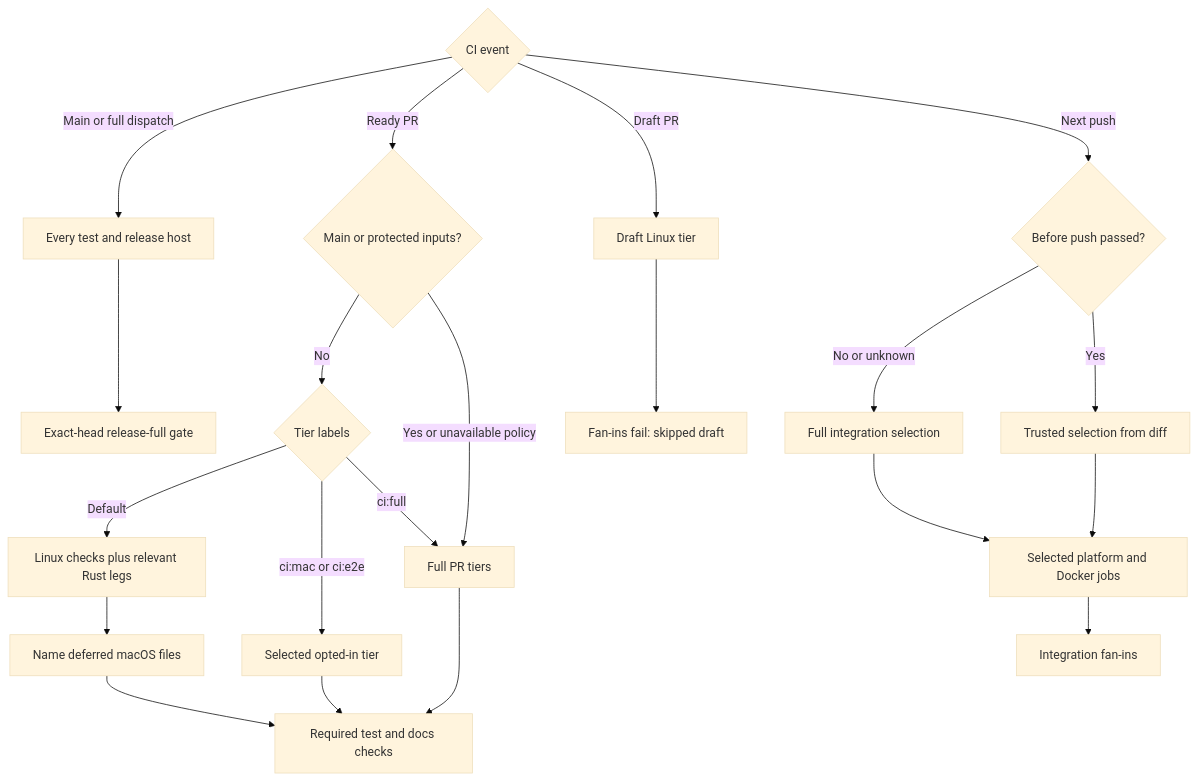
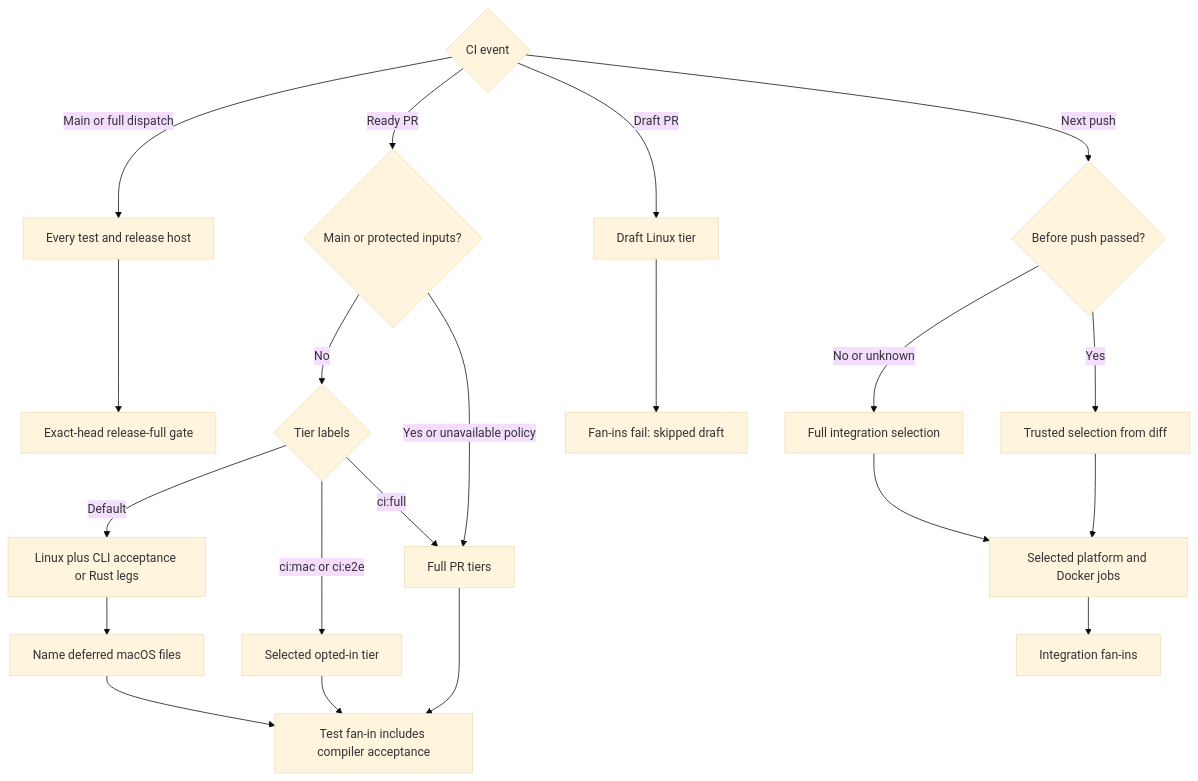
Before and after one commit to hack-dance/hack: the diagram in docs/reference/ci-test-selection.mmd, drawn with Mermaid (base theme). The commit also changed 9 other files, not shown here.

Commit message:
fix(ci): gate CLI changes on relocated acceptance

```diff
--- a/docs/reference/ci-test-selection.mmd
+++ b/docs/reference/ci-test-selection.mmd
@@ -1,26 +1,26 @@
 flowchart TD
   event{CI event}
   event -->|Main or full dispatch| full[Every test and release host]
   full --> release[Exact-head release-full gate]
   event -->|Ready PR| guard{Main or protected inputs?}
   guard -->|No| labels{Tier labels}
   guard -->|Yes or unavailable policy| allpr
   event -->|Draft PR| draft[Draft Linux tier]
   draft --> draftgate[Fan-ins fail: skipped draft]
-  labels -->|Default| light[Linux checks plus relevant Rust legs]
+  labels -->|Default| light[Linux plus CLI acceptance or Rust legs]
   light --> deferred[Name deferred macOS files]
-  deferred --> prgate[Required test and docs checks]
+  deferred --> prgate[Test fan-in includes compiler acceptance]
   labels -->|ci:mac or ci:e2e| tier[Selected opted-in tier]
   labels -->|ci:full| allpr[Full PR tiers]
   tier --> prgate
   allpr --> prgate
   event -->|Next push| before{Before push passed?}
   before -->|No or unknown| all[Full integration selection]
   before -->|Yes| select[Trusted selection from diff]
   all --> integration[Selected platform and Docker jobs]
   select --> integration
   integration --> gate[Integration fan-ins]
   class light,tier,allpr,integration,full live
   class deferred wait
   class draftgate fail
   class prgate,gate,release ok
```
